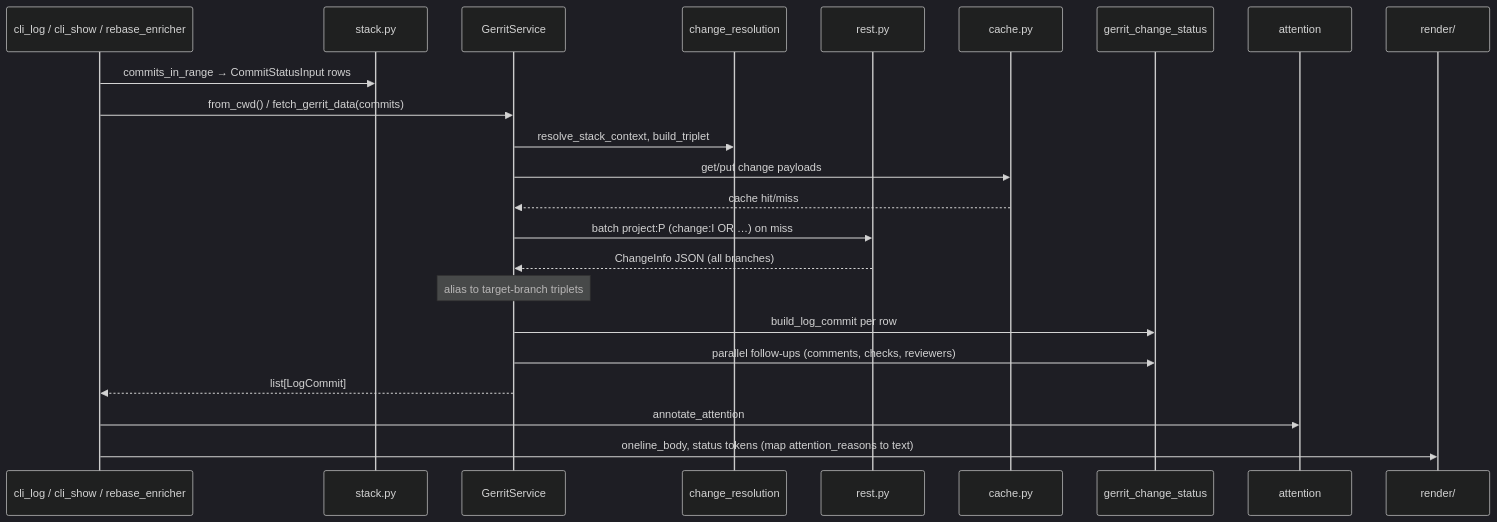
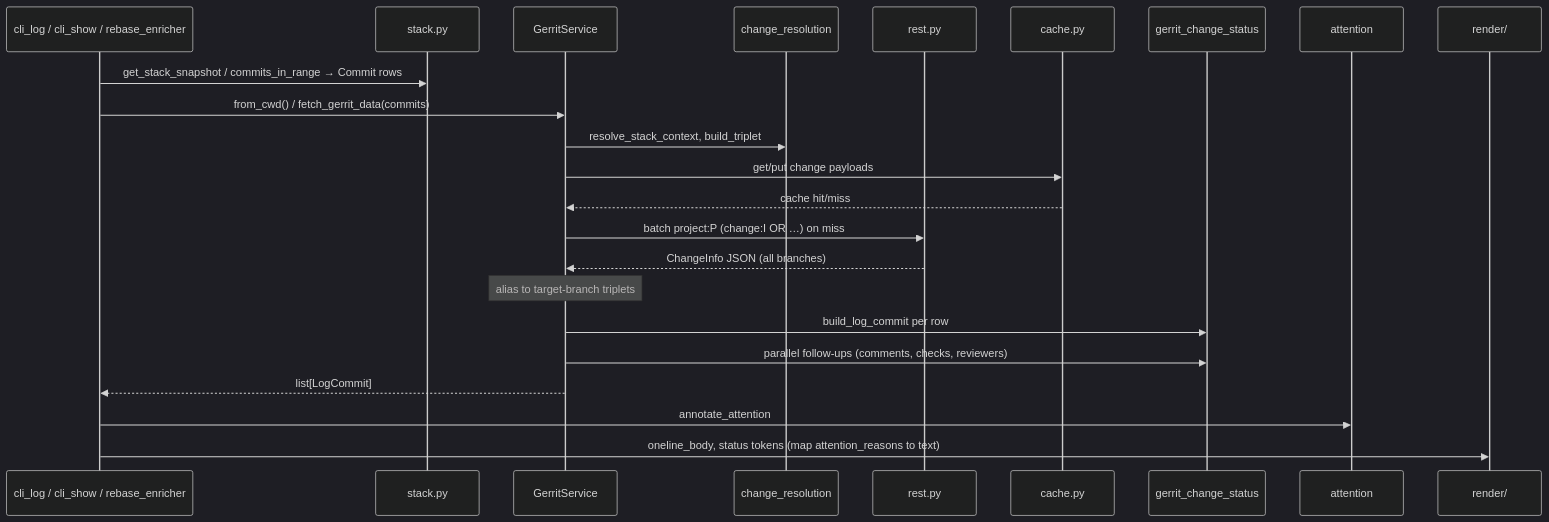
The fifth of 8 diagrams in docu/architecture.md (togrue/gerrit-workflow-tools), drawn with Mermaid (dark theme) before and after one commit. The commit also changed other lines of this file and 22 other files, not shown here.

````diff
--- a/docu/architecture.md
+++ b/docu/architecture.md
@@ -195,26 +195,26 @@
 ```mermaid
 sequenceDiagram
   participant CLI as cli_log / cli_show / rebase_enricher
   participant Stack as stack.py
   participant Svc as GerritService
   participant Res as change_resolution
   participant REST as rest.py
   participant Cache as cache.py
   participant Status as gerrit_change_status
   participant Attn as attention
   participant Render as render/
 
-  CLI->>Stack: commits_in_range → CommitStatusInput rows
+  CLI->>Stack: get_stack_snapshot / commits_in_range → Commit rows
   CLI->>Svc: from_cwd() / fetch_gerrit_data(commits)
   Svc->>Res: resolve_stack_context, build_triplet
   Svc->>Cache: get/put change payloads
   Cache-->>Svc: cache hit/miss
   Svc->>REST: batch project:P (change:I OR …) on miss
   REST-->>Svc: ChangeInfo JSON (all branches)
   Note over Svc: alias to target-branch triplets
   Svc->>Status: build_log_commit per row
   Svc->>Status: parallel follow-ups (comments, checks, reviewers)
   Svc-->>CLI: list[LogCommit]
   CLI->>Attn: annotate_attention
   CLI->>Render: oneline_body, status tokens (map attention_reasons to text)
 ```
````
